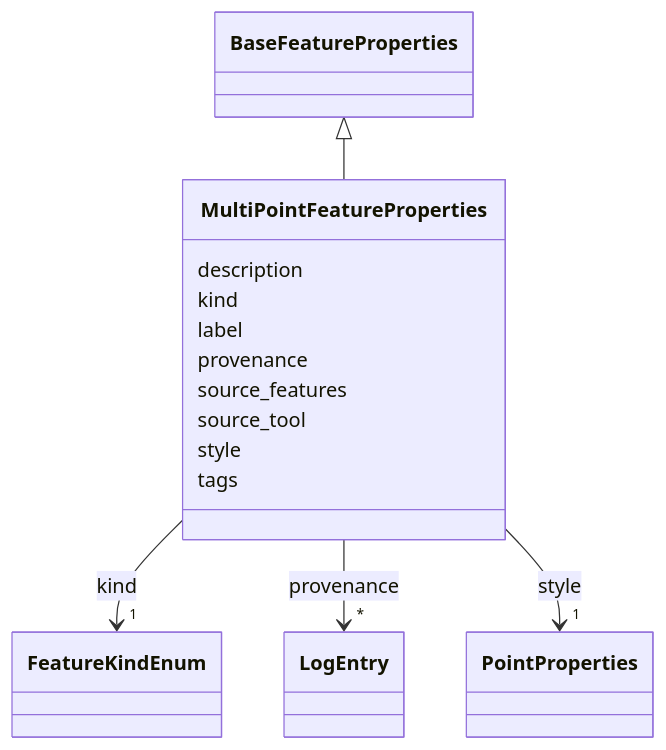
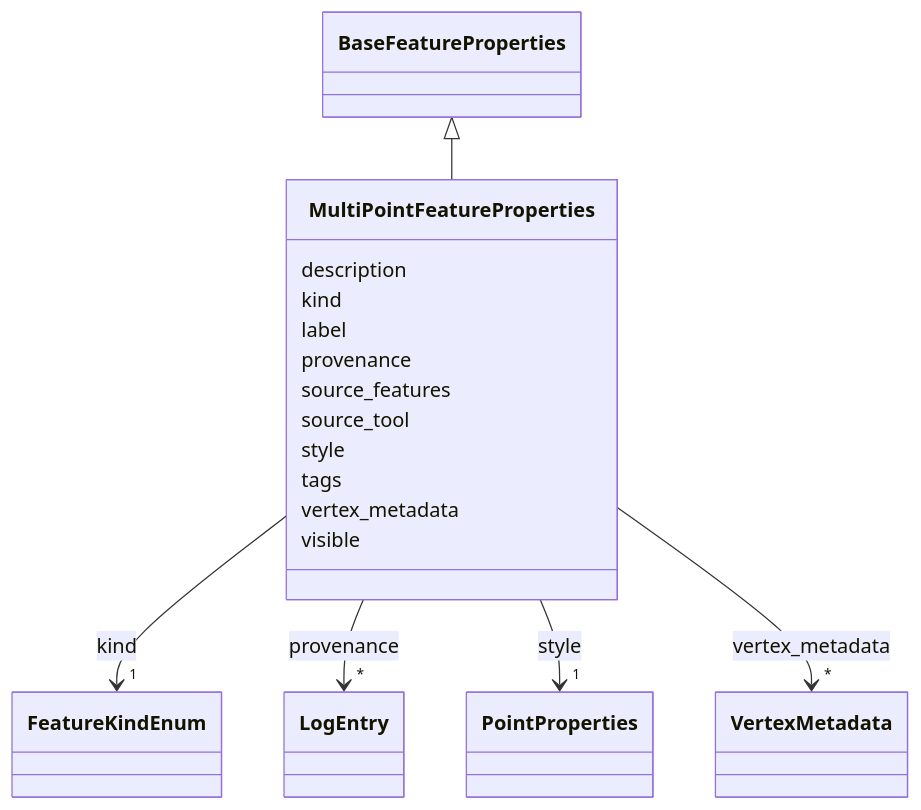
The diagram in schema-docs-md/classes/MultiPointFeatureProperties.md (debrief/debrief-future), drawn with Mermaid before and after one commit. The commit also changed other lines of this file and 238 other files, not shown here.

````diff
--- a/schema-docs-md/classes/MultiPointFeatureProperties.md
+++ b/schema-docs-md/classes/MultiPointFeatureProperties.md
@@ -19,52 +19,65 @@
 ```mermaid
  classDiagram
     class MultiPointFeatureProperties
     click MultiPointFeatureProperties href "../../classes/MultiPointFeatureProperties/"
       BaseFeatureProperties <|-- MultiPointFeatureProperties
         click BaseFeatureProperties href "../../classes/BaseFeatureProperties/"
       
       MultiPointFeatureProperties : description
         
       MultiPointFeatureProperties : kind
         
           
     
         
         
         MultiPointFeatureProperties --> "1" FeatureKindEnum : kind
         click FeatureKindEnum href "../../enums/FeatureKindEnum/"
     
 
         
       MultiPointFeatureProperties : label
         
       MultiPointFeatureProperties : provenance
         
           
     
         
         
         MultiPointFeatureProperties --> "*" LogEntry : provenance
         click LogEntry href "../../classes/LogEntry/"
     
 
         
       MultiPointFeatureProperties : source_features
         
       MultiPointFeatureProperties : source_tool
         
       MultiPointFeatureProperties : style
         
           
     
         
         
         MultiPointFeatureProperties --> "1" PointProperties : style
         click PointProperties href "../../classes/PointProperties/"
     
 
         
       MultiPointFeatureProperties : tags
         
+      MultiPointFeatureProperties : vertex_metadata
+        
+          
+    
+        
+        
+        MultiPointFeatureProperties --> "*" VertexMetadata : vertex_metadata
+        click VertexMetadata href "../../classes/VertexMetadata/"
+    
+
+        
+      MultiPointFeatureProperties : visible
+        
       
 ```
````
